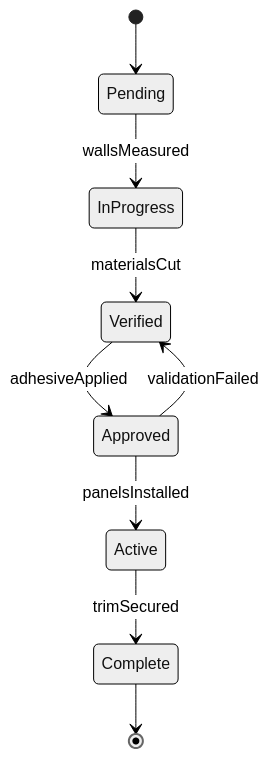
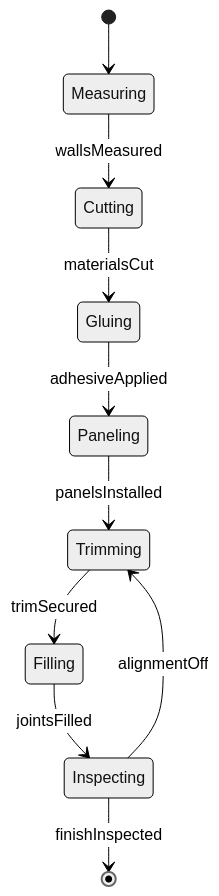
Before and after one commit to dot-org-ai/tasks.org.ai: the second of 4 diagrams in HandlingAndMovingObjects/BuildStructures/InstallTrimPaneling.mdx, drawn with Mermaid (neutral theme). The commit also changed other lines of this file and 515 other files, not shown here.

````diff
--- a/HandlingAndMovingObjects/BuildStructures/InstallTrimPaneling.mdx
+++ b/HandlingAndMovingObjects/BuildStructures/InstallTrimPaneling.mdx
@@ -98,11 +99,12 @@
 ```mermaid
 stateDiagram-v2
-    [*] --> Pending
-    Pending --> InProgress : wallsMeasured
-    InProgress --> Verified : materialsCut
-    Verified --> Approved : adhesiveApplied
-    Approved --> Active : panelsInstalled
-    Active --> Complete : trimSecured
-    Approved --> Verified : validationFailed
-    Complete --> [*]
+    [*] --> Measuring
+    Measuring --> Cutting : wallsMeasured
+    Cutting --> Gluing : materialsCut
+    Gluing --> Paneling : adhesiveApplied
+    Paneling --> Trimming : panelsInstalled
+    Trimming --> Filling : trimSecured
+    Filling --> Inspecting : jointsFilled
+    Inspecting --> Trimming : alignmentOff
+    Inspecting --> [*] : finishInspected
 ```
````
